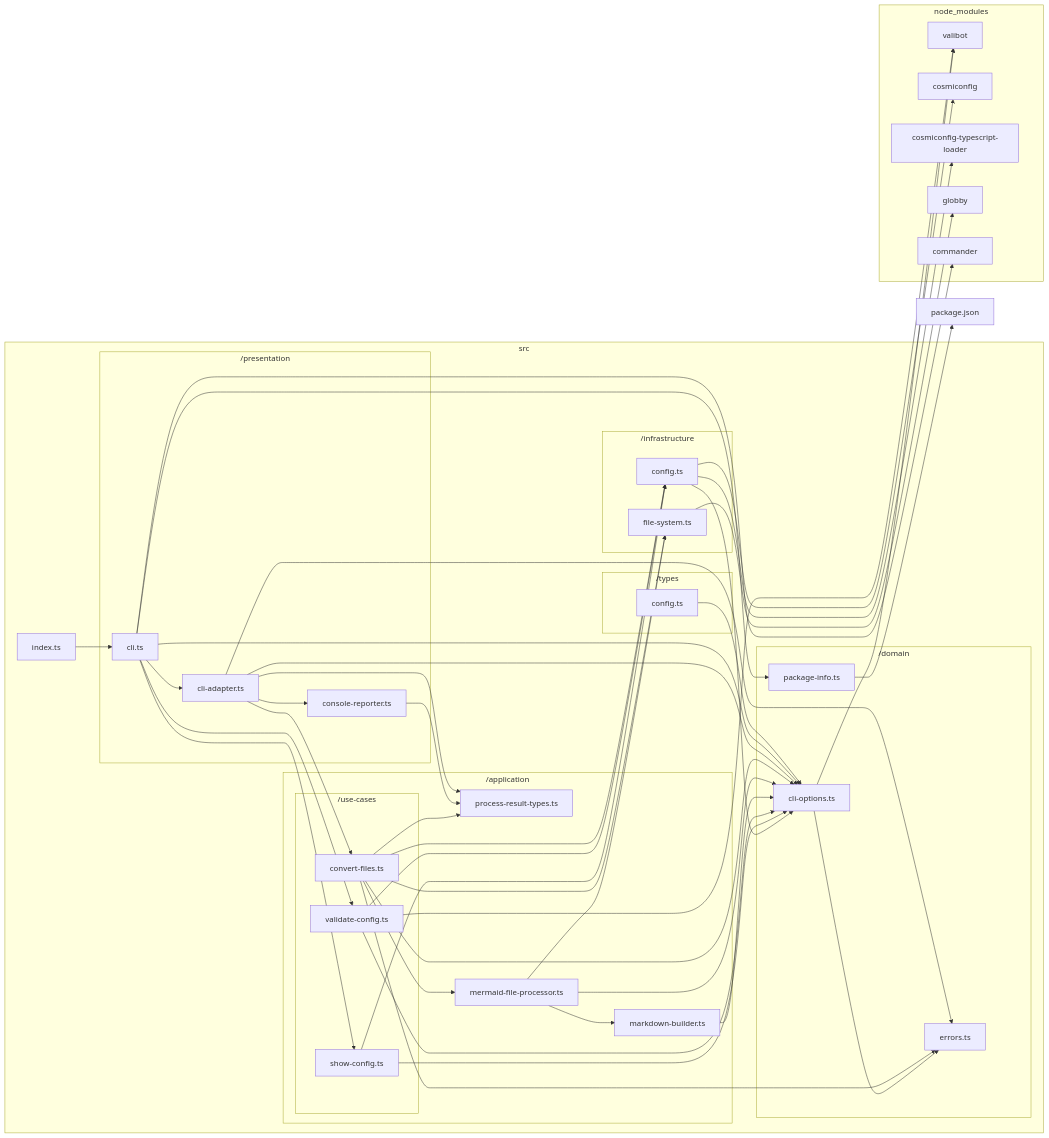
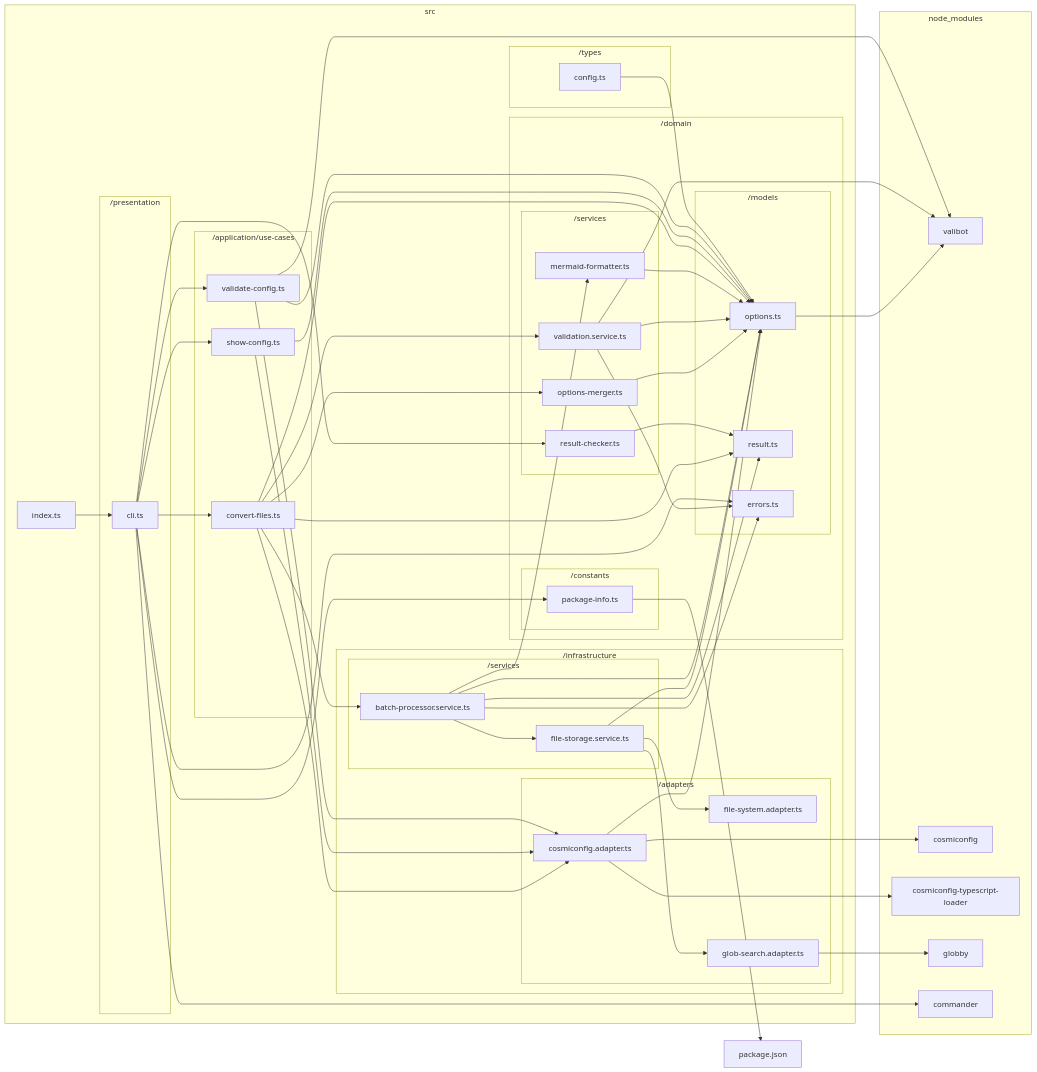
One commit to sugurutakahashi-1234/mermaid-markdown-wrap changed the diagram in docs/reports/dependencies/deps-graph.md. Above: the diagram before and after it, drawn with Mermaid. The commit also changed 28 other files, not shown here.

````diff
--- a/docs/reports/dependencies/deps-graph.md
+++ b/docs/reports/dependencies/deps-graph.md
@@ -9,27 +9,38 @@
     subgraph src["src"]
         src/index.ts["index.ts"]
         subgraph src/domain["/domain"]
-            src/domain/errors.ts["errors.ts"]
-            src/domain/cli//options.ts["cli-options.ts"]
-            src/domain/package//info.ts["package-info.ts"]
+            subgraph src/domain/models["/models"]
+                src/domain/models/options.ts["options.ts"]
+                src/domain/models/result.ts["result.ts"]
+                src/domain/models/errors.ts["errors.ts"]
+            end
+            subgraph src/domain/services["/services"]
+                src/domain/services/options//merger.ts["options-merger.ts"]
+                src/domain/services/validation.service.ts["validation.service.ts"]
+                src/domain/services/mermaid//formatter.ts["mermaid-formatter.ts"]
+                src/domain/services/result//checker.ts["result-checker.ts"]
+            end
+            subgraph src/domain/constants["/constants"]
+                src/domain/constants/package//info.ts["package-info.ts"]
+            end
         end
         subgraph src/infrastructure["/infrastructure"]
-            src/infrastructure/config.ts["config.ts"]
-            src/infrastructure/file//system.ts["file-system.ts"]
-        end
-        subgraph src/application["/application"]
-            src/application/process//result//types.ts["process-result-types.ts"]
-            src/application/markdown//builder.ts["markdown-builder.ts"]
-            src/application/mermaid//file//processor.ts["mermaid-file-processor.ts"]
-            subgraph src/application/use//cases["/use-cases"]
-                src/application/use//cases/show//config.ts["show-config.ts"]
-                src/application/use//cases/validate//config.ts["validate-config.ts"]
-                src/application/use//cases/convert//files.ts["convert-files.ts"]
+            subgraph src/infrastructure/adapters["/adapters"]
+                src/infrastructure/adapters/cosmiconfig.adapter.ts["cosmiconfig.adapter.ts"]
+                src/infrastructure/adapters/file//system.adapter.ts["file-system.adapter.ts"]
+                src/infrastructure/adapters/glob//search.adapter.ts["glob-search.adapter.ts"]
+            end
+            subgraph src/infrastructure/services["/services"]
+                src/infrastructure/services/file//storage.service.ts["file-storage.service.ts"]
+                src/infrastructure/services/batch//processor.service.ts["batch-processor.service.ts"]
             end
         end
+        subgraph src/application/use//cases["/application/use-cases"]
+            src/application/use//cases/convert//files.ts["convert-files.ts"]
+            src/application/use//cases/show//config.ts["show-config.ts"]
+            src/application/use//cases/validate//config.ts["validate-config.ts"]
+        end
         subgraph src/presentation["/presentation"]
-            src/presentation/console//reporter.ts["console-reporter.ts"]
-            src/presentation/cli//adapter.ts["cli-adapter.ts"]
             src/presentation/cli.ts["cli.ts"]
         end
         subgraph src/types["/types"]
@@ -43,40 +54,44 @@
         node//modules/globby/index.d.ts["globby"]
         node//modules/commander/typings/index.d.ts["commander"]
     end
-    src/domain/cli//options.ts-->node//modules/valibot/dist/index.d.cts
-    src/domain/cli//options.ts-->src/domain/errors.ts
-    src/infrastructure/config.ts-->node//modules/cosmiconfig/dist/index.d.ts
-    src/infrastructure/config.ts-->node//modules/cosmiconfig//typescript//loader/dist/types/index.d.ts
-    src/infrastructure/config.ts-->src/domain/cli//options.ts
-    src/application/use//cases/show//config.ts-->src/domain/cli//options.ts
-    src/application/use//cases/show//config.ts-->src/infrastructure/config.ts
+    src/domain/models/options.ts-->node//modules/valibot/dist/index.d.cts
+    src/domain/services/options//merger.ts-->src/domain/models/options.ts
+    src/domain/services/validation.service.ts-->node//modules/valibot/dist/index.d.cts
+    src/domain/services/validation.service.ts-->src/domain/models/errors.ts
+    src/domain/services/validation.service.ts-->src/domain/models/options.ts
+    src/infrastructure/adapters/cosmiconfig.adapter.ts-->node//modules/cosmiconfig/dist/index.d.ts
+    src/infrastructure/adapters/cosmiconfig.adapter.ts-->node//modules/cosmiconfig//typescript//loader/dist/types/index.d.ts
+    src/infrastructure/adapters/cosmiconfig.adapter.ts-->src/domain/models/options.ts
+    src/domain/services/mermaid//formatter.ts-->src/domain/models/options.ts
+    src/infrastructure/adapters/glob//search.adapter.ts-->node//modules/globby/index.d.ts
+    src/infrastructure/services/file//storage.service.ts-->src/domain/models/options.ts
+    src/infrastructure/services/file//storage.service.ts-->src/infrastructure/adapters/file//system.adapter.ts
+    src/infrastructure/services/file//storage.service.ts-->src/infrastructure/adapters/glob//search.adapter.ts
+    src/infrastructure/services/batch//processor.service.ts-->src/domain/models/errors.ts
+    src/infrastructure/services/batch//processor.service.ts-->src/domain/models/options.ts
+    src/infrastructure/services/batch//processor.service.ts-->src/domain/models/result.ts
+    src/infrastructure/services/batch//processor.service.ts-->src/domain/services/mermaid//formatter.ts
+    src/infrastructure/services/batch//processor.service.ts-->src/infrastructure/services/file//storage.service.ts
+    src/application/use//cases/convert//files.ts-->src/domain/models/options.ts
+    src/application/use//cases/convert//files.ts-->src/domain/models/result.ts
+    src/application/use//cases/convert//files.ts-->src/domain/services/options//merger.ts
+    src/application/use//cases/convert//files.ts-->src/domain/services/validation.service.ts
+    src/application/use//cases/convert//files.ts-->src/infrastructure/adapters/cosmiconfig.adapter.ts
+    src/application/use//cases/convert//files.ts-->src/infrastructure/services/batch//processor.service.ts
+    src/application/use//cases/show//config.ts-->src/domain/models/options.ts
+    src/application/use//cases/show//config.ts-->src/infrastructure/adapters/cosmiconfig.adapter.ts
     src/application/use//cases/validate//config.ts-->node//modules/valibot/dist/index.d.cts
-    src/application/use//cases/validate//config.ts-->src/domain/cli//options.ts
-    src/application/use//cases/validate//config.ts-->src/infrastructure/config.ts
-    src/domain/package//info.ts-->package.json
-    src/infrastructure/file//system.ts-->node//modules/globby/index.d.ts
-    src/application/markdown//builder.ts-->src/domain/cli//options.ts
-    src/application/mermaid//file//processor.ts-->src/domain/cli//options.ts
-    src/application/mermaid//file//processor.ts-->src/infrastructure/file//system.ts
-    src/application/mermaid//file//processor.ts-->src/application/markdown//builder.ts
-    src/application/use//cases/convert//files.ts-->src/domain/cli//options.ts
-    src/application/use//cases/convert//files.ts-->src/domain/errors.ts
-    src/application/use//cases/convert//files.ts-->src/infrastructure/config.ts
-    src/application/use//cases/convert//files.ts-->src/infrastructure/file//system.ts
-    src/application/use//cases/convert//files.ts-->src/application/mermaid//file//processor.ts
-    src/application/use//cases/convert//files.ts-->src/application/process//result//types.ts
-    src/presentation/console//reporter.ts-->src/application/process//result//types.ts
-    src/presentation/cli//adapter.ts-->src/application/process//result//types.ts
-    src/presentation/cli//adapter.ts-->src/application/use//cases/convert//files.ts
-    src/presentation/cli//adapter.ts-->src/domain/cli//options.ts
-    src/presentation/cli//adapter.ts-->src/domain/errors.ts
-    src/presentation/cli//adapter.ts-->src/presentation/console//reporter.ts
+    src/application/use//cases/validate//config.ts-->src/domain/models/options.ts
+    src/application/use//cases/validate//config.ts-->src/infrastructure/adapters/cosmiconfig.adapter.ts
+    src/domain/constants/package//info.ts-->package.json
+    src/domain/services/result//checker.ts-->src/domain/models/result.ts
     src/presentation/cli.ts-->node//modules/commander/typings/index.d.ts
+    src/presentation/cli.ts-->src/application/use//cases/convert//files.ts
     src/presentation/cli.ts-->src/application/use//cases/show//config.ts
     src/presentation/cli.ts-->src/application/use//cases/validate//config.ts
-    src/presentation/cli.ts-->src/domain/cli//options.ts
-    src/presentation/cli.ts-->src/domain/package//info.ts
-    src/presentation/cli.ts-->src/presentation/cli//adapter.ts
+    src/presentation/cli.ts-->src/domain/constants/package//info.ts
+    src/presentation/cli.ts-->src/domain/models/errors.ts
+    src/presentation/cli.ts-->src/domain/services/result//checker.ts
     src/index.ts-->src/presentation/cli.ts
-    src/types/config.ts-->src/domain/cli//options.ts
+    src/types/config.ts-->src/domain/models/options.ts
 ```
````
